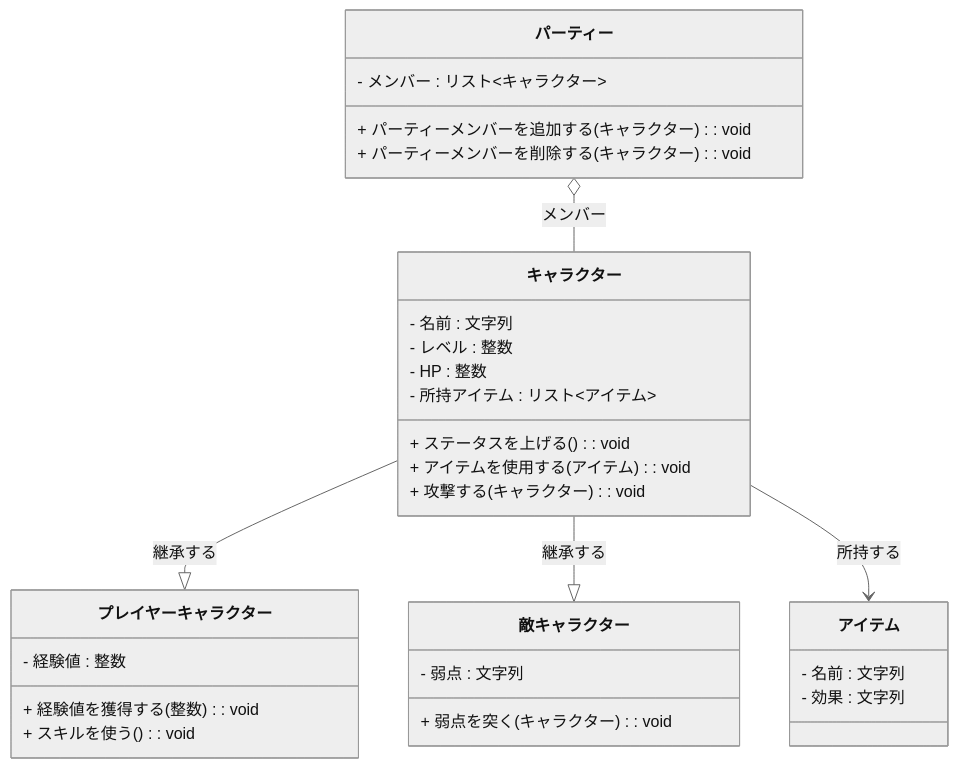
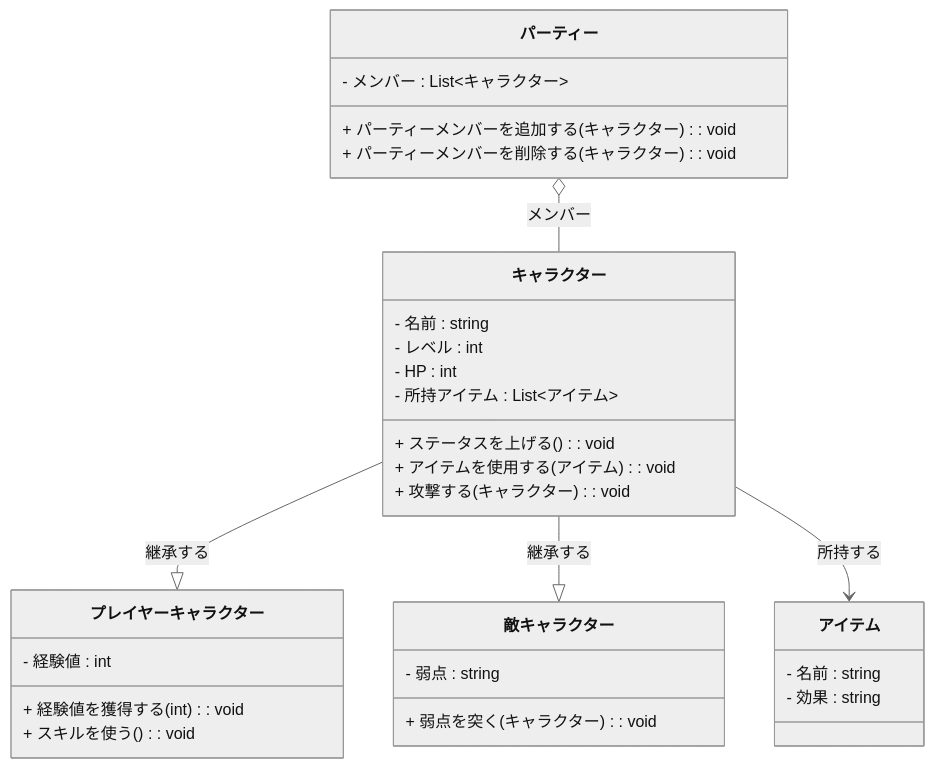
One commit to tpu-game-2023/mermaid_test changed the third of 3 diagrams in README.md. Above: the diagram before and after it, drawn with Mermaid (neutral theme).

Commit message:
型をちゃんと書く

````diff
--- a/README.md
+++ b/README.md
@@ -86,36 +86,36 @@
 ```mermaid
 classDiagram
     class キャラクター{
-        - 名前 : 文字列
-        - レベル : 整数
-        - HP : 整数
-        - 所持アイテム : リスト<アイテム>
+        - 名前 : string
+        - レベル : int
+        - HP : int
+        - 所持アイテム : List<アイテム>
         + ステータスを上げる() : void
         + アイテムを使用する(アイテム) : void
         + 攻撃する(キャラクター) : void
     }
     class アイテム{
-        - 名前 : 文字列
-        - 効果 : 文字列
+        - 名前 : string
+        - 効果 : string
     }
     class プレイヤーキャラクター{
-        - 経験値 : 整数
-        + 経験値を獲得する(整数) : void
+        - 経験値 : int
+        + 経験値を獲得する(int) : void
         + スキルを使う() : void
     }
     class 敵キャラクター{
-        - 弱点 : 文字列
+        - 弱点 : string
         + 弱点を突く(キャラクター) : void
     }
     class パーティー{
-        - メンバー : リスト<キャラクター>
+        - メンバー : List<キャラクター>
         + パーティーメンバーを追加する(キャラクター) : void
         + パーティーメンバーを削除する(キャラクター) : void
     }
 
     キャラクター --|> プレイヤーキャラクター : 継承する
     キャラクター --|> 敵キャラクター : 継承する
     キャラクター --> アイテム : 所持する
     パーティー o-- キャラクター : メンバー
 
 ```
````
